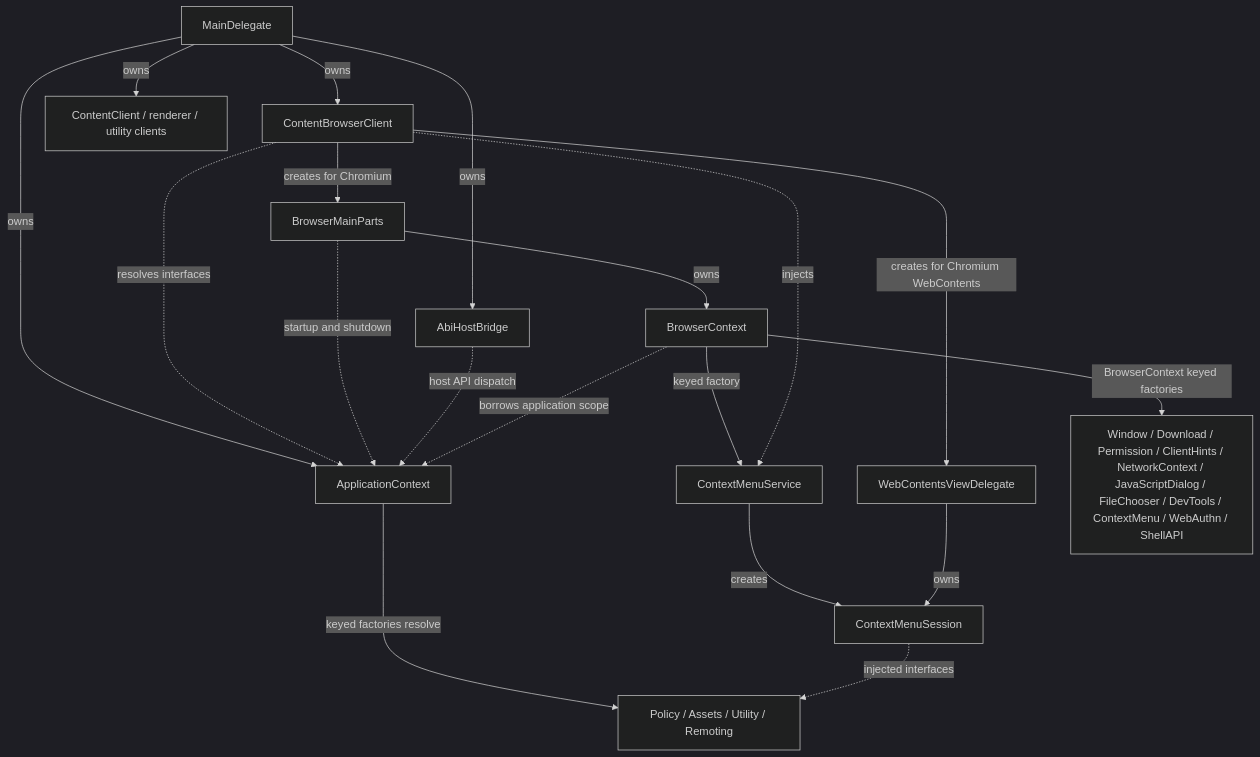
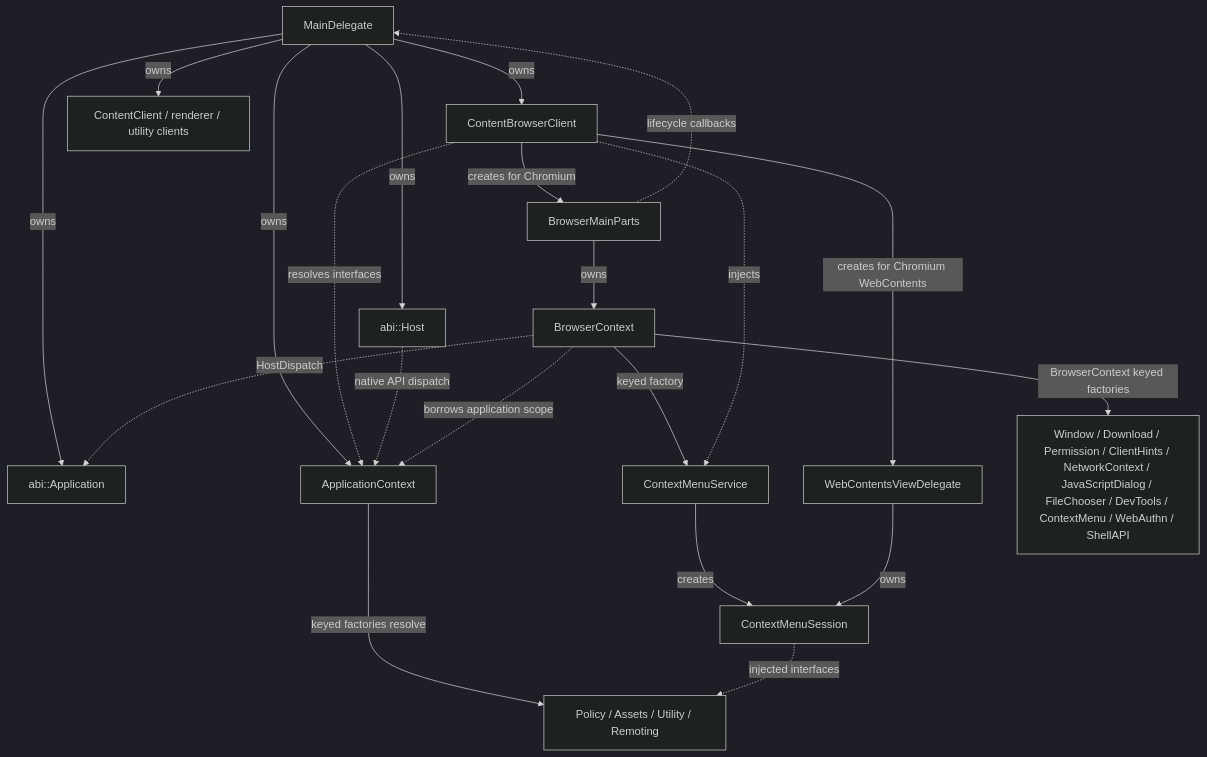
One commit to tuffite/tuffite changed the diagram in framework/README.md. Above: the diagram before and after it, drawn with Mermaid (dark theme). The commit also changed other lines of this file and 363 other files, not shown here.

````diff
--- a/framework/README.md
+++ b/framework/README.md
@@ -94,21 +94,23 @@
 ```mermaid
 flowchart TD
-  Main[MainDelegate] -->|owns| Bridge[AbiHostBridge]
+  Main[MainDelegate] -->|owns| Application[abi::Application]
+  Main -->|owns| Host[abi::Host]
   Main -->|owns| Context[ApplicationContext]
   Main -->|owns| Client[ContentBrowserClient]
   Main -->|owns| Other[ContentClient / renderer / utility clients]
   Client -->|creates for Chromium| Parts[BrowserMainParts]
   Parts -->|owns| Profile[BrowserContext]
   Client -->|creates for Chromium WebContents| View[WebContentsViewDelegate]
   Profile -->|keyed factory| Menus[ContextMenuService]
   Client -.->|injects| Menus
   Menus -->|creates| Session[ContextMenuSession]
   View -->|owns| Session
   Client -.->|resolves interfaces| Context
-  Parts -.->|startup and shutdown| Context
-  Bridge -.->|host API dispatch| Context
+  Parts -.->|lifecycle callbacks| Main
+  Host -.->|native API dispatch| Context
+  Profile -.->|HostDispatch| Application
   Profile -.->|borrows application scope| Context
   Context -->|keyed factories resolve| AppServices[Policy / Assets / Utility / Remoting]
   Profile -->|BrowserContext keyed factories| ProfileServices[Window / Download / Permission / ClientHints / NetworkContext / JavaScriptDialog / FileChooser / DevTools / ContextMenu / WebAuthn / ShellAPI]
   Session -.->|injected interfaces| AppServices
 ```
````
